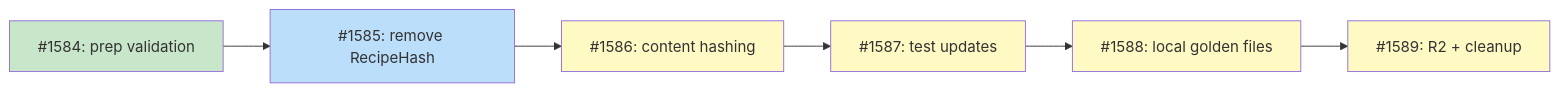
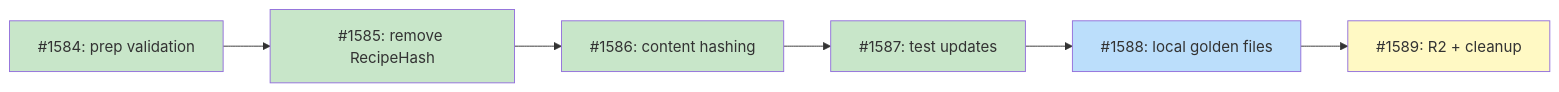
Before and after one commit to tsukumogami/tsuku: the diagram in docs/designs/DESIGN-plan-hash-removal.md, drawn with Mermaid. The commit also changed other lines of this file, not shown here.

First line of the commit message:
docs: update design diagram for completed issues

````diff
--- a/docs/designs/DESIGN-plan-hash-removal.md
+++ b/docs/designs/DESIGN-plan-hash-removal.md
@@ -347,24 +347,24 @@
 ```mermaid
 graph LR
     I1584["#1584: prep validation"]
     I1585["#1585: remove RecipeHash"]
     I1586["#1586: content hashing"]
     I1587["#1587: test updates"]
     I1588["#1588: local golden files"]
     I1589["#1589: R2 + cleanup"]
 
     I1584 --> I1585
     I1585 --> I1586
     I1586 --> I1587
     I1587 --> I1588
     I1588 --> I1589
 
     classDef done fill:#c8e6c9
     classDef ready fill:#bbdefb
     classDef blocked fill:#fff9c4
     classDef needsDesign fill:#e1bee7
 
-    class I1584 done
-    class I1585 ready
-    class I1586,I1587,I1588,I1589 blocked
+    class I1584,I1585,I1586,I1587 done
+    class I1588 ready
+    class I1589 blocked
 ```
````
